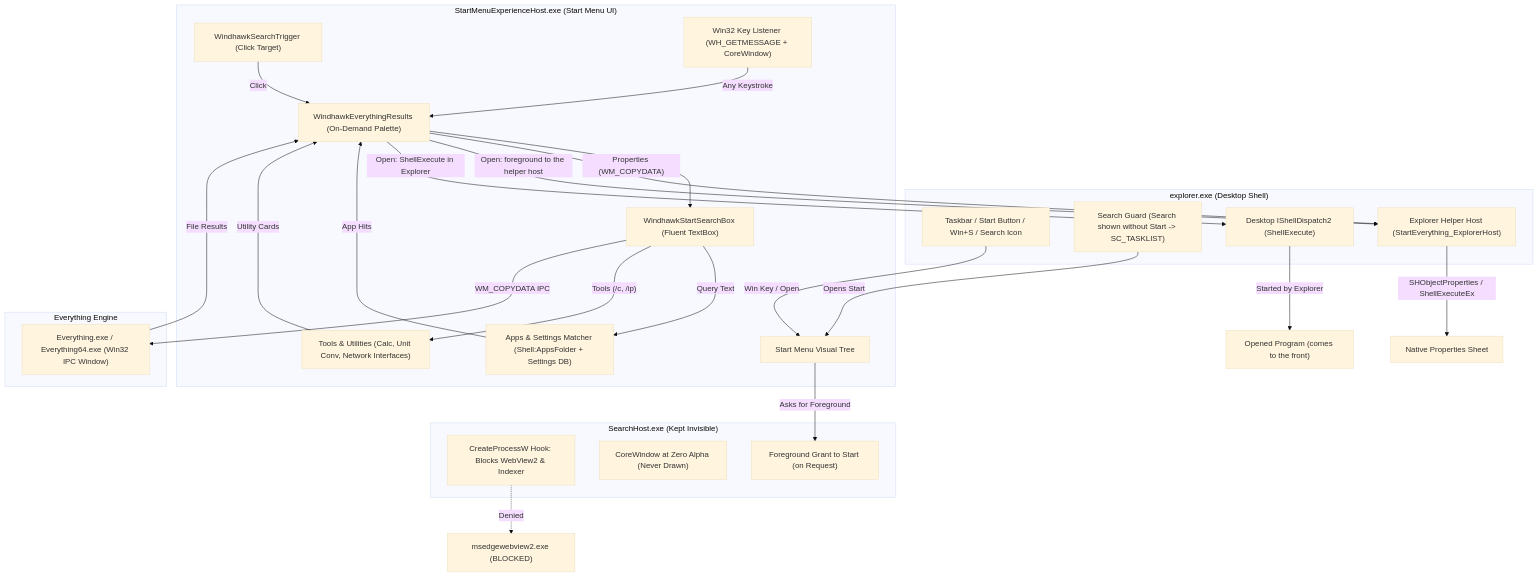
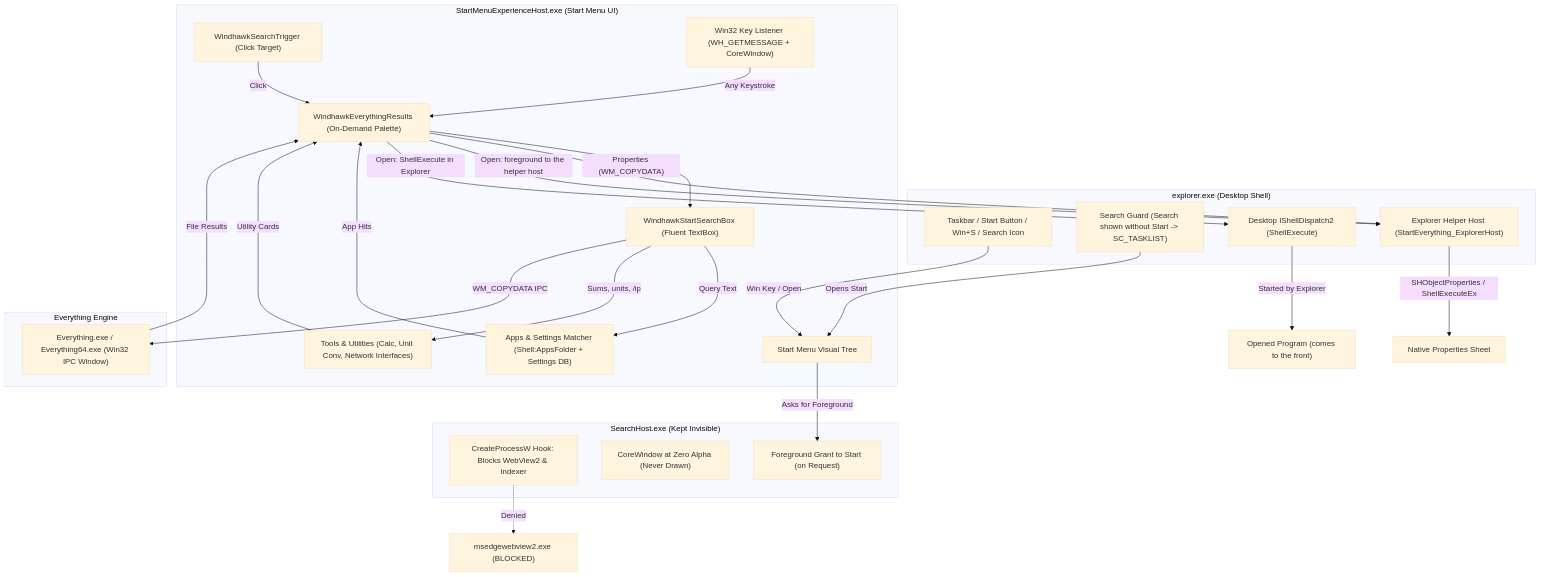
The diagram in README.md (bardelyne/start-everything), drawn with Mermaid (base theme) before and after one commit. The commit also changed other lines of this file and 1 other file, not shown here.

````diff
--- a/README.md
+++ b/README.md
@@ -36,50 +39,50 @@
 ```mermaid
 graph TD
     subgraph Explorer_Process ["explorer.exe (Desktop Shell)"]
         T["Taskbar / Start Button / Win+S / Search Icon"]
         GUARD["Search Guard (Search shown without Start -> SC_TASKLIST)"]
         PROP["Explorer Helper Host (StartEverything_ExplorerHost)"]
         SHD["Desktop IShellDispatch2 (ShellExecute)"]
     end
 
     subgraph Start_Menu ["StartMenuExperienceHost.exe (Start Menu UI)"]
         SM["Start Menu Visual Tree"]
         TRIG["WindhawkSearchTrigger (Click Target)"]
         PAL["WindhawkEverythingResults (On-Demand Palette)"]
         BOX["WindhawkStartSearchBox (Fluent TextBox)"]
         KL["Win32 Key Listener (WH_GETMESSAGE + CoreWindow)"]
         APPS["Apps & Settings Matcher (Shell:AppsFolder + Settings DB)"]
         TOOLS["Tools & Utilities (Calc, Unit Conv, Network Interfaces)"]
     end
 
     subgraph Search_Host ["SearchHost.exe (Kept Invisible)"]
         WV_HOOK["CreateProcessW Hook: Blocks WebView2 & Indexer"]
         HIDE["CoreWindow at Zero Alpha (Never Drawn)"]
         GRANT["Foreground Grant to Start (on Request)"]
     end
 
     subgraph Everything_Engine ["Everything Engine"]
         EV["Everything.exe / Everything64.exe (Win32 IPC Window)"]
     end
 
     T -->|"Win Key / Open"| SM
     KL -->|"Any Keystroke"| PAL
     TRIG -->|"Click"| PAL
     PAL --> BOX
     BOX -->|"Query Text"| APPS
-    BOX -->|"Tools (/c, /ip)"| TOOLS
+    BOX -->|"Sums, units, /ip"| TOOLS
     BOX -->|"WM_COPYDATA IPC"| EV
     EV -->|"File Results"| PAL
     APPS -->|"App Hits"| PAL
     TOOLS -->|"Utility Cards"| PAL
 
     GUARD -->|"Opens Start"| SM
     SM -->|"Asks for Foreground"| GRANT
     PAL -->|"Properties (WM_COPYDATA)"| PROP
     PROP -->|"SHObjectProperties / ShellExecuteEx"| DESK["Native Properties Sheet"]
     PAL -->|"Open: foreground to the helper host"| PROP
     PAL -->|"Open: ShellExecute in Explorer"| SHD
     SHD -->|"Started by Explorer"| PROG["Opened Program (comes to the front)"]
 
     WV_HOOK -.->|"Denied"| WV["msedgewebview2.exe (BLOCKED)"]
 ```
````
